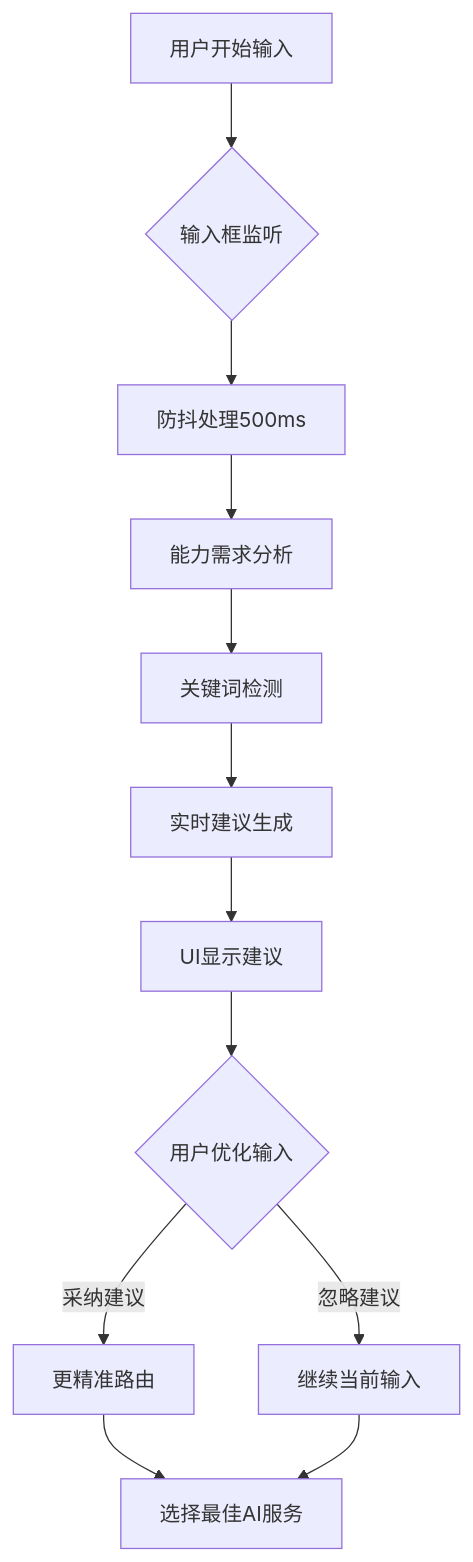
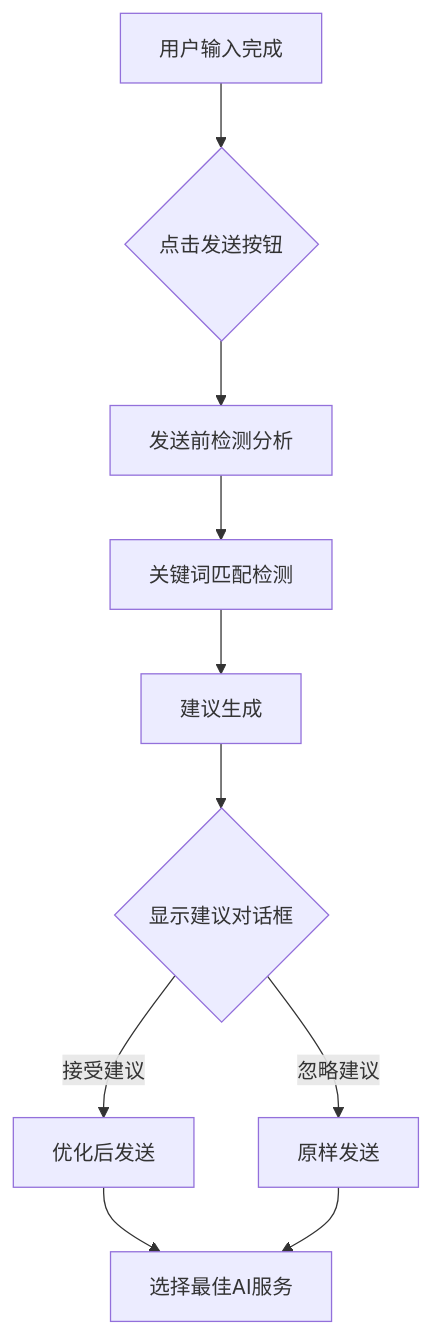
Diagram 35 of 38 in autodroid-TeachItBack/.superpowers/design/embedded_ai_model_brainstorming_20260125.md (terminail/autodroid), drawn with Mermaid before and after one commit. The commit also changed other lines of this file and 2 other files, not shown here.

````diff
--- a/autodroid-TeachItBack/.superpowers/design/embedded_ai_model_brainstorming_20260125.md
+++ b/autodroid-TeachItBack/.superpowers/design/embedded_ai_model_brainstorming_20260125.md
@@ -2150,14 +2299,12 @@
 ```mermaid
 flowchart TD
-    A[用户开始输入] --> B{输入框监听}
-    B --> C[防抖处理500ms]
-    C --> D[能力需求分析]
-    D --> E[关键词检测]
-    E --> F[实时建议生成]
-    F --> G[UI显示建议]
-    G --> H{用户优化输入}
-    H -->|采纳建议| I[更精准路由]
-    H -->|忽略建议| J[继续当前输入]
-    I --> K[选择最佳AI服务]
-    J --> K
+    A[用户输入完成] --> B{点击发送按钮}
+    B --> C[发送前检测分析]
+    C --> D[关键词匹配检测]
+    D --> E[建议生成]
+    E --> F{显示建议对话框}
+    F -->|接受建议| G[优化后发送]
+    F -->|忽略建议| H[原样发送]
+    G --> I[选择最佳AI服务]
+    H --> I
 ```
````
